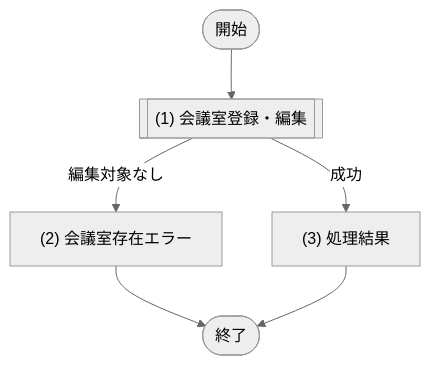
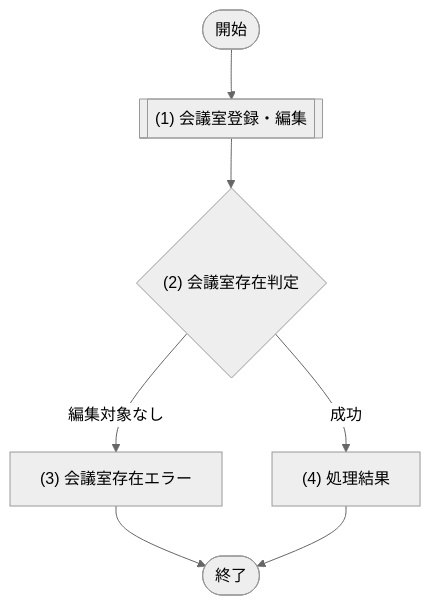
One commit to sikakou54/system-document-template changed the diagram in docs/03_機能設計/03_API設計/API-007_会議室登録・編集.md. Above: the diagram before and after it, drawn with Mermaid (neutral theme). The commit also changed other lines of this file and 15 other files, not shown here.

````diff
--- a/docs/03_機能設計/03_API設計/API-007_会議室登録・編集.md
+++ b/docs/03_機能設計/03_API設計/API-007_会議室登録・編集.md
@@ -51,12 +51,13 @@
 ```mermaid
 flowchart TD
   Start([開始])
   P1[["(1) 会議室登録・編集"]]
-  E1["(2) 会議室存在エラー"]
-  P2["(3) 処理結果"]
+  D1{"(2) 会議室存在判定"}
+  E1["(3) 会議室存在エラー"]
+  P2["(4) 処理結果"]
   End([終了])
 
-  Start --> P1
-  P1 -- "編集対象なし" --> E1 --> End
-  P1 -- "成功" --> P2 --> End
+  Start --> P1 --> D1
+  D1 -- "編集対象なし" --> E1 --> End
+  D1 -- "成功" --> P2 --> End
 ```
````
